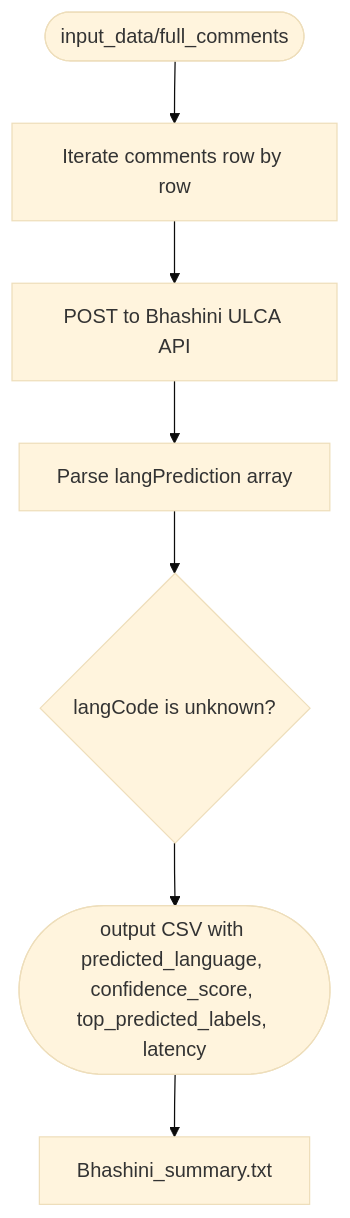
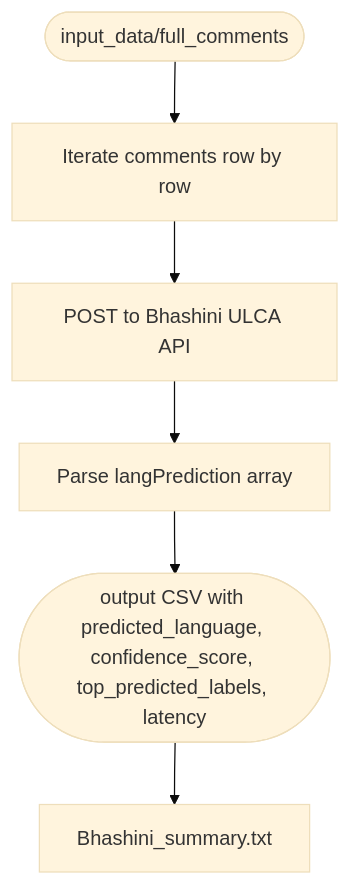
Before and after one commit to saipraneethmeduritarento/Sentiment_analysis_comments: the third of 4 diagrams in HLD_docs/high_level_documentation.md, drawn with Mermaid (base theme).

Commit message:
Refactor flowchart in high-level documentation for clarity and accuracy

````diff
--- a/HLD_docs/high_level_documentation.md
+++ b/HLD_docs/high_level_documentation.md
@@ -81,9 +81,8 @@
 ```mermaid
 flowchart TD
     A([input_data/full_comments]) --> B[Iterate comments row by row]
     B --> c[POST to Bhashini ULCA API]
     c --> D[Parse langPrediction array]
-    D --> E{langCode is unknown?}
-    E --> F([output CSV with predicted_language, confidence_score, top_predicted_labels, latency])
-    F --> G[Bhashini_summary.txt]
+    D --> E([output CSV with predicted_language, confidence_score, top_predicted_labels, latency])
+    E --> F[Bhashini_summary.txt]
 ```
````
